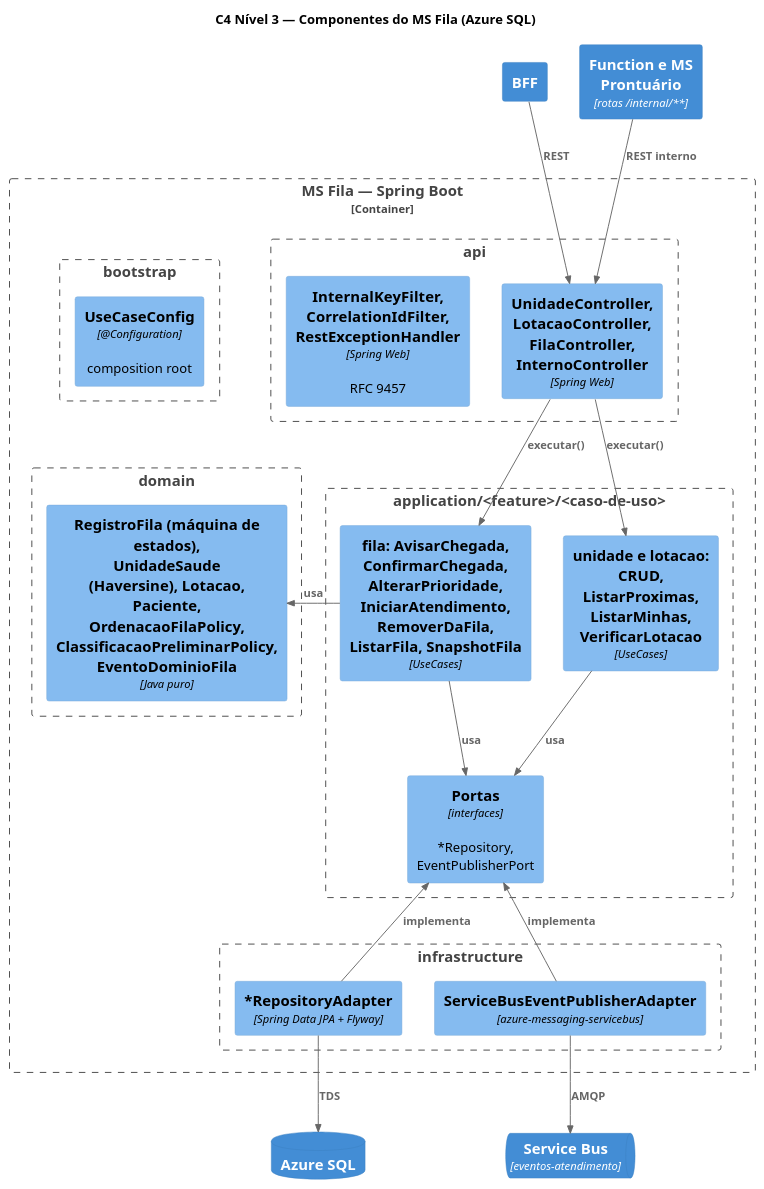
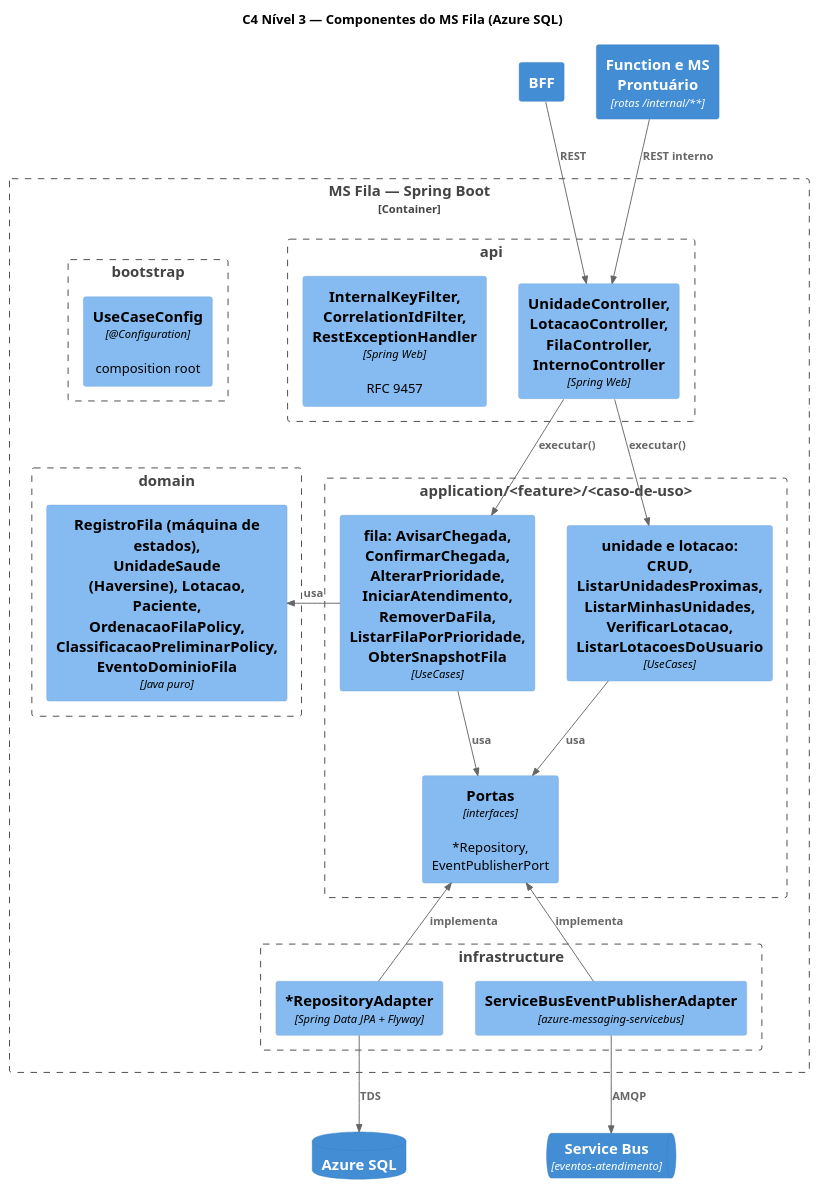
One commit to fergrenteski/open-prontuario-platform changed the diagram in docs/diagramas/c4-n3-ms-fila.puml. Above: the diagram before and after it, drawn with PlantUML. The commit also changed 3 other files, not shown here.

Commit message:
docs(diagramas): usa os nomes reais dos casos de uso nos C4 nível 3

```diff
--- a/docs/diagramas/c4-n3-ms-fila.puml
+++ b/docs/diagramas/c4-n3-ms-fila.puml
@@ -1,43 +1,43 @@
 @startuml c4-n3-ms-fila
 !include <C4/C4_Component>
 HIDE_STEREOTYPE()
 title C4 Nível 3 — Componentes do MS Fila (Azure SQL)
 
 Container(bff, "BFF")
 Container(clientes, "Function e MS Prontuário", "rotas /internal/**")
 Container_Boundary(ms, "MS Fila — Spring Boot") {
   Boundary(api, "api") {
     Component(ctrl, "UnidadeController, LotacaoController,\nFilaController, InternoController", "Spring Web")
     Component(flt, "InternalKeyFilter, CorrelationIdFilter,\nRestExceptionHandler", "Spring Web", "RFC 9457")
   }
   Boundary(app, "application/<feature>/<caso-de-uso>") {
-    Component(ucfila, "fila: AvisarChegada, ConfirmarChegada,\nAlterarPrioridade, IniciarAtendimento,\nRemoverDaFila, ListarFila, SnapshotFila", "UseCases")
-    Component(ucuni, "unidade e lotacao: CRUD,\nListarProximas, ListarMinhas, VerificarLotacao", "UseCases")
+    Component(ucfila, "fila: AvisarChegada, ConfirmarChegada,\nAlterarPrioridade, IniciarAtendimento,\nRemoverDaFila, ListarFilaPorPrioridade,\nObterSnapshotFila", "UseCases")
+    Component(ucuni, "unidade e lotacao: CRUD,\nListarUnidadesProximas, ListarMinhasUnidades,\nVerificarLotacao, ListarLotacoesDoUsuario", "UseCases")
     Component(portas, "Portas", "interfaces", "~*Repository, EventPublisherPort")
   }
   Boundary(dom, "domain") {
     Component(ent, "RegistroFila (máquina de estados),\nUnidadeSaude (Haversine), Lotacao, Paciente,\nOrdenacaoFilaPolicy, ClassificacaoPreliminarPolicy,\nEventoDominioFila", "Java puro")
   }
   Boundary(inf, "infrastructure") {
     Component(jpa, "*RepositoryAdapter", "Spring Data JPA + Flyway")
     Component(pub, "ServiceBusEventPublisherAdapter", "azure-messaging-servicebus")
   }
   Boundary(boot, "bootstrap") {
     Component(cfg, "UseCaseConfig", "@Configuration", "composition root")
   }
 }
 ContainerDb(sql, "Azure SQL")
 ContainerQueue(bus, "Service Bus", "eventos-atendimento")
 
 Rel_D(bff, ctrl, "REST")
 Rel_D(clientes, ctrl, "REST interno")
 Rel_D(ctrl, ucfila, "executar()")
 Rel_D(ctrl, ucuni, "executar()")
 Rel_D(ucfila, portas, "usa")
 Rel_D(ucuni, portas, "usa")
 Rel_R(ucfila, ent, "usa")
 Rel_U(jpa, portas, "implementa")
 Rel_U(pub, portas, "implementa")
 Rel_D(jpa, sql, "TDS")
 Rel_D(pub, bus, "AMQP")
 @enduml
```
